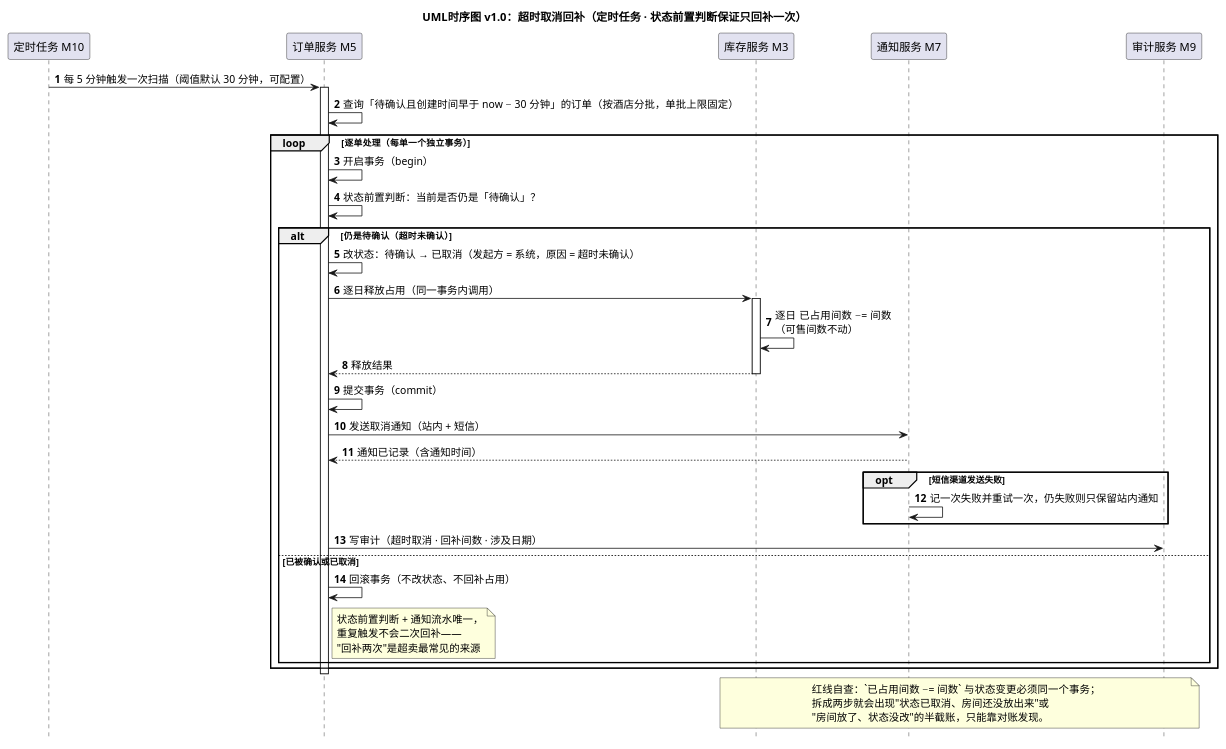
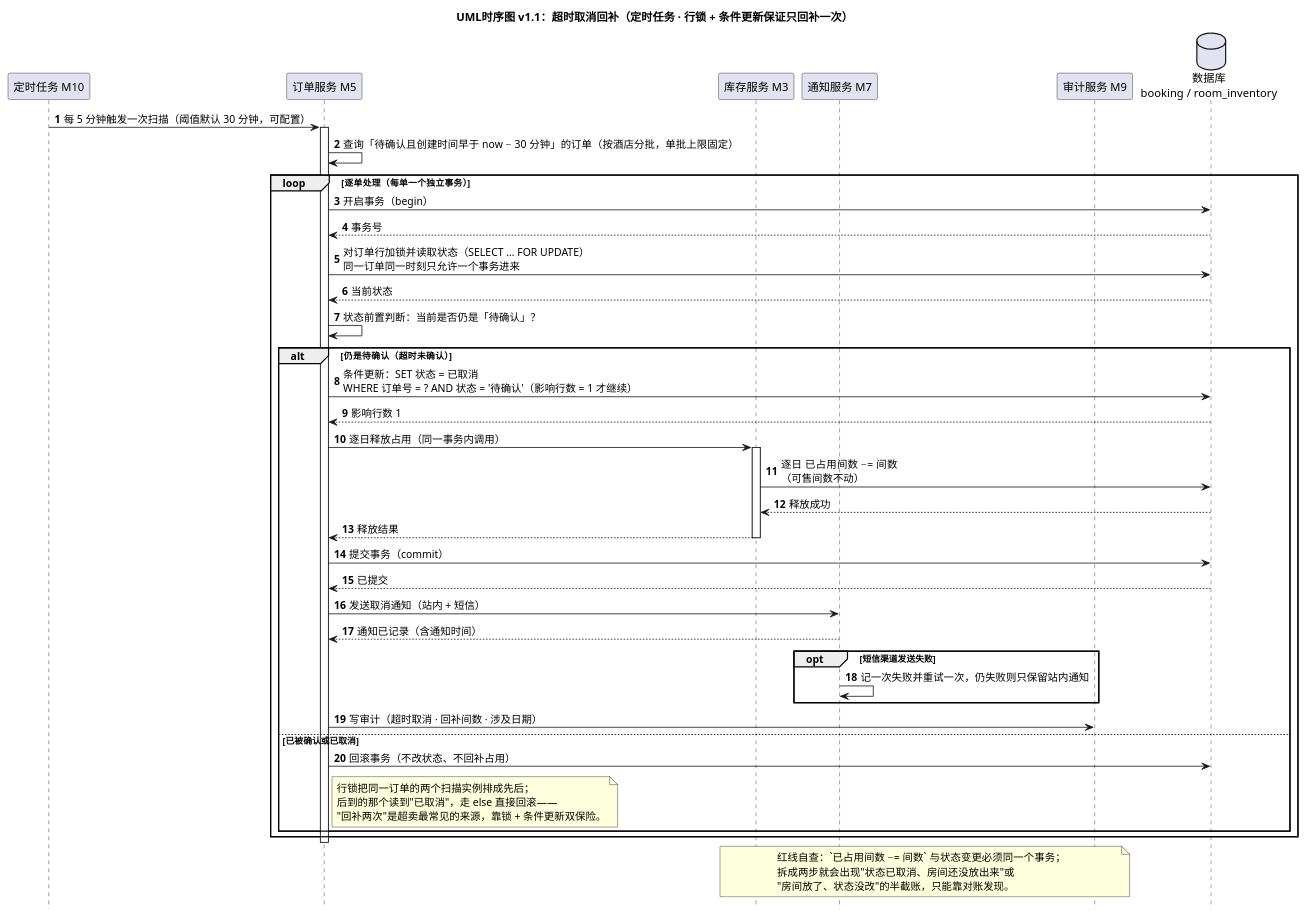
Before and after one commit to ChenYiFanAccount/softeng-lab1-requirements: the diagram in exp2/UML/UML时序图-超时取消.puml, drawn with PlantUML. The commit also changed 8 other files, not shown here.

First line of the commit message:
[S4-fix] 交互图两处口径打架：重复预订校验移进事务、超时取消补订单行锁

```diff
--- a/exp2/UML/UML时序图-超时取消.puml
+++ b/exp2/UML/UML时序图-超时取消.puml
@@ -1,50 +1,59 @@
 @startuml
-' 版本：v1.0（2026-11-12，S4 交互图，REQ-007 / REQ-010 / REQ-019 / REQ-023）
-title UML时序图 v1.0：超时取消回补（定时任务 · 状态前置判断保证只回补一次）
+' 版本：v1.1（2026-11-12，S4 交互图，REQ-007 / REQ-010 / REQ-019 / REQ-023）
+' 修订：v1.0 只有 M5 自调用"状态前置判断"，没有订单行锁——两个扫描实例并发时会双回补；
+'      v1.1 补上"对订单行加锁 + 条件更新（影响行数=1 才继续）"，这才是 02 §5 里写的"订单行锁"。
+title UML时序图 v1.1：超时取消回补（定时任务 · 行锁 + 条件更新保证只回补一次）
 autonumber
 hide footbox
 
 participant "定时任务 M10" as M10
 participant "订单服务 M5" as M5
 participant "库存服务 M3" as M3
 participant "通知服务 M7" as M7
 participant "审计服务 M9" as M9
+database "数据库\nbooking / room_inventory" as DB
 
 M10 -> M5 : 每 5 分钟触发一次扫描（阈值默认 30 分钟，可配置）
 activate M5
 M5 -> M5 : 查询「待确认且创建时间早于 now − 30 分钟」的订单（按酒店分批，单批上限固定）
 
 loop 逐单处理（每单一个独立事务）
-  M5 -> M5 : 开启事务（begin）
+  M5 -> DB : 开启事务（begin）
+  DB --> M5 : 事务号
+  M5 -> DB : 对订单行加锁并读取状态（SELECT … FOR UPDATE）\n同一订单同一时刻只允许一个事务进来
+  DB --> M5 : 当前状态
   M5 -> M5 : 状态前置判断：当前是否仍是「待确认」？
 
   alt 仍是待确认（超时未确认）
-    M5 -> M5 : 改状态：待确认 → 已取消（发起方 = 系统，原因 = 超时未确认）
+    M5 -> DB : 条件更新：SET 状态 = 已取消\nWHERE 订单号 = ? AND 状态 = '待确认'（影响行数 = 1 才继续）
+    DB --> M5 : 影响行数 1
     M5 -> M3 : 逐日释放占用（同一事务内调用）
     activate M3
-    M3 -> M3 : 逐日 已占用间数 −= 间数\n（可售间数不动）
+    M3 -> DB : 逐日 已占用间数 −= 间数\n（可售间数不动）
+    DB --> M3 : 释放成功
     M3 --> M5 : 释放结果
     deactivate M3
-    M5 -> M5 : 提交事务（commit）
+    M5 -> DB : 提交事务（commit）
+    DB --> M5 : 已提交
     M5 -> M7 : 发送取消通知（站内 + 短信）
     M7 --> M5 : 通知已记录（含通知时间）
 
     opt 短信渠道发送失败
       M7 -> M7 : 记一次失败并重试一次，仍失败则只保留站内通知
     end
 
     M5 -> M9 : 写审计（超时取消 · 回补间数 · 涉及日期）
   else 已被确认或已取消
-    M5 -> M5 : 回滚事务（不改状态、不回补占用）
-    note right of M5 : 状态前置判断 + 通知流水唯一，\n重复触发不会二次回补——\n"回补两次"是超卖最常见的来源
+    M5 -> DB : 回滚事务（不改状态、不回补占用）
+    note right of M5 : 行锁把同一订单的两个扫描实例排成先后；\n后到的那个读到"已取消"，走 else 直接回滚——\n"回补两次"是超卖最常见的来源，靠锁 + 条件更新双保险。
   end
 end
 
 deactivate M5
 
 note over M3, M9
   红线自查：`已占用间数 −= 间数` 与状态变更必须同一个事务；
   拆成两步就会出现"状态已取消、房间还没放出来"或
   "房间放了、状态没改"的半截账，只能靠对账发现。
 end note
 @enduml
```
